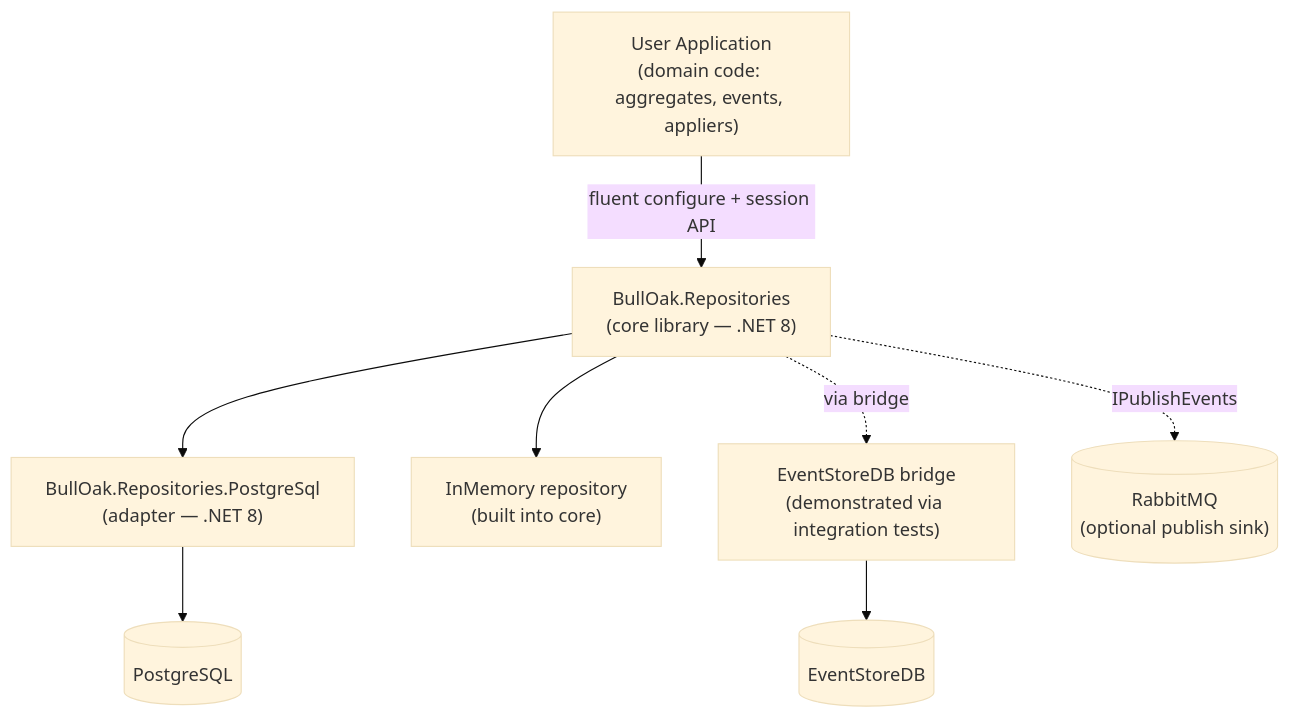
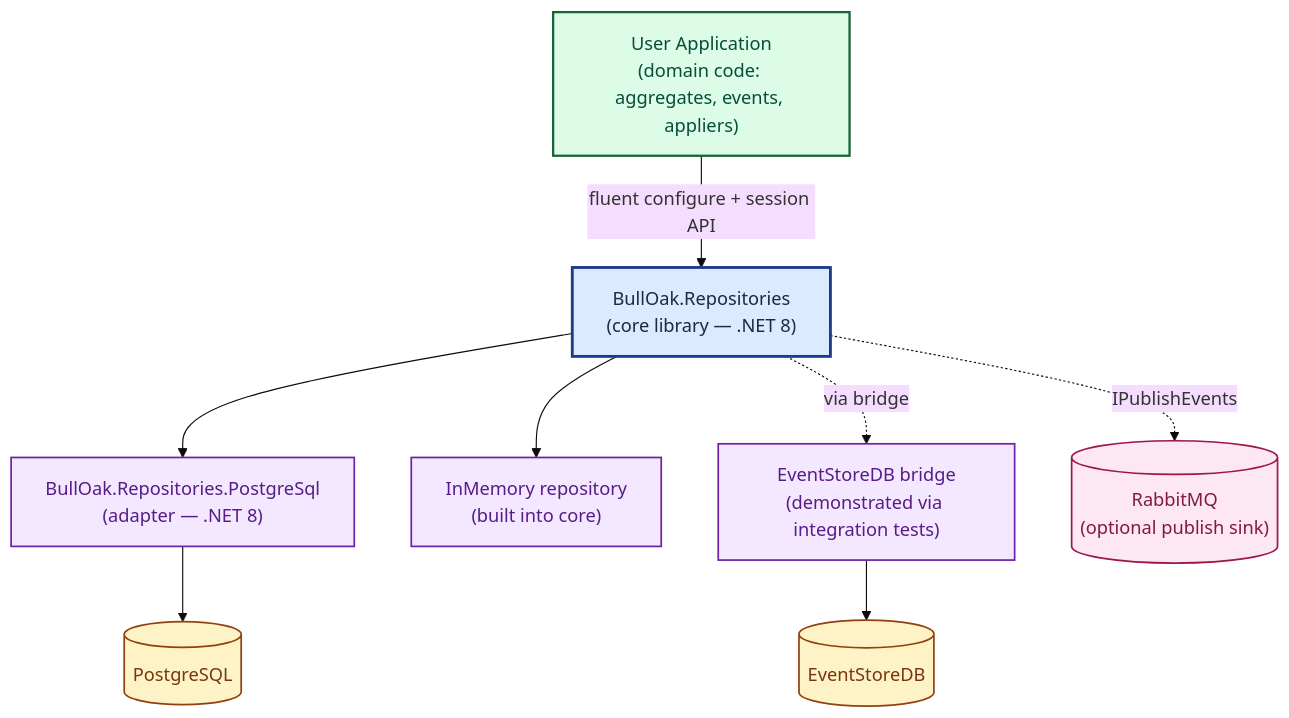
The first of 7 diagrams in docs/architecture.md (vaibhavPH/BullOak), drawn with Mermaid (base theme) before and after one commit. The commit also changed other lines of this file, not shown here.

First line of the commit message:
docs: colour the Mermaid architecture diagrams

````diff
--- a/docs/architecture.md
+++ b/docs/architecture.md
@@ -13,19 +28,25 @@
 ```mermaid
 graph TD
-    User["User Application<br/>(domain code: aggregates, events, appliers)"]
-    Core["BullOak.Repositories<br/>(core library — .NET 8)"]
-    PG["BullOak.Repositories.PostgreSql<br/>(adapter — .NET 8)"]
-    InMem["InMemory repository<br/>(built into core)"]
-    ESBridge["EventStoreDB bridge<br/>(demonstrated via integration tests)"]
-    PGDB[("PostgreSQL")]
-    ESDB[("EventStoreDB")]
-    RMQ[("RabbitMQ<br/>(optional publish sink)")]
+    User["User Application<br/>(domain code: aggregates, events, appliers)"]:::actor
+    Core["BullOak.Repositories<br/>(core library — .NET 8)"]:::core
+    PG["BullOak.Repositories.PostgreSql<br/>(adapter — .NET 8)"]:::adapter
+    InMem["InMemory repository<br/>(built into core)"]:::adapter
+    ESBridge["EventStoreDB bridge<br/>(demonstrated via integration tests)"]:::adapter
+    PGDB[("PostgreSQL")]:::store
+    ESDB[("EventStoreDB")]:::store
+    RMQ[("RabbitMQ<br/>(optional publish sink)")]:::msg
 
     User -->|fluent configure + session API| Core
     Core --> InMem
     Core --> PG
     PG --> PGDB
     Core -.via bridge.-> ESBridge
     ESBridge --> ESDB
     Core -.IPublishEvents.-> RMQ
+
+    classDef actor fill:#dcfce7,stroke:#166534,stroke-width:2px,color:#064e3b
+    classDef core fill:#dbeafe,stroke:#1e3a8a,stroke-width:2.5px,color:#1e293b
+    classDef adapter fill:#f3e8ff,stroke:#6b21a8,stroke-width:1.5px,color:#581c87
+    classDef store fill:#fef3c7,stroke:#92400e,stroke-width:1.5px,color:#78350f
+    classDef msg fill:#fce7f3,stroke:#9d174d,stroke-width:1.5px,color:#831843
 ```
````
